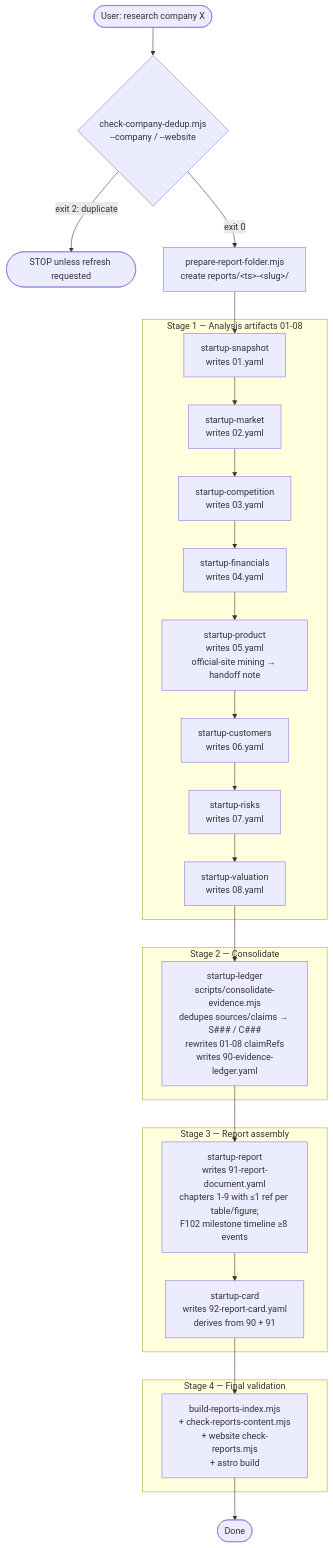
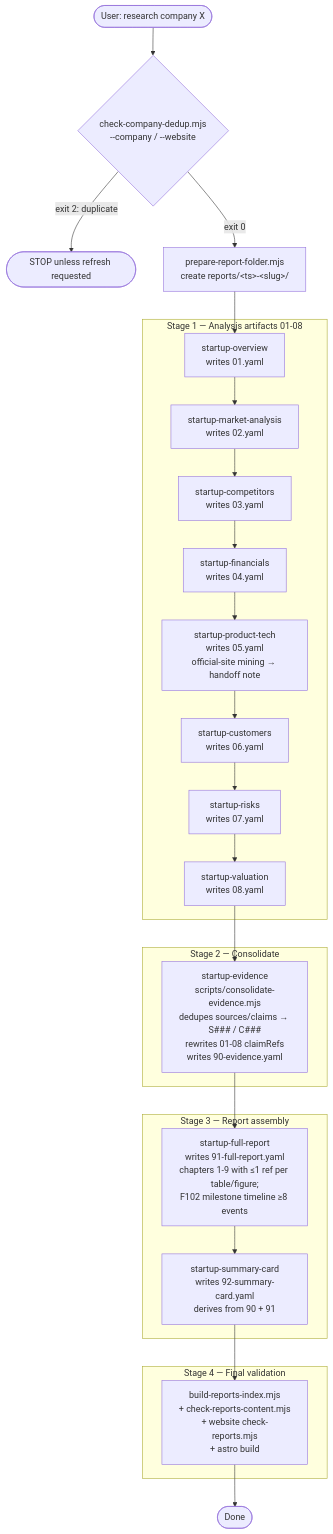
The first of 3 diagrams in README.md (huangyingting/startup), drawn with Mermaid before and after one commit. The commit also changed other lines of this file and 26 other files, not shown here.

````diff
--- a/README.md
+++ b/README.md
@@ -17,41 +17,41 @@
 ```mermaid
 flowchart TD
   Start([User: research company X]) --> PreDedup{check-company-dedup.mjs<br/>--company / --website}
   PreDedup -- exit 2: duplicate --> Stop([STOP unless refresh requested])
   PreDedup -- exit 0 --> Setup[prepare-report-folder.mjs<br/>create reports/&lt;ts&gt;-&lt;slug&gt;/]
   Setup --> Snapshot
 
   subgraph Stage1[Stage 1 — Analysis artifacts 01-08]
-    Snapshot[startup-snapshot<br/>writes 01.yaml]
+    Snapshot[startup-overview<br/>writes 01.yaml]
     Snapshot --> Market
 
-    Market[startup-market<br/>writes 02.yaml] --> Compete
-    Compete[startup-competition<br/>writes 03.yaml] --> Fin
+    Market[startup-market-analysis<br/>writes 02.yaml] --> Compete
+    Compete[startup-competitors<br/>writes 03.yaml] --> Fin
     Fin[startup-financials<br/>writes 04.yaml] --> Prod
-    Prod[startup-product<br/>writes 05.yaml<br/>official-site mining → handoff note] --> Cust
+    Prod[startup-product-tech<br/>writes 05.yaml<br/>official-site mining → handoff note] --> Cust
     Cust[startup-customers<br/>writes 06.yaml] --> Risk
     Risk[startup-risks<br/>writes 07.yaml] --> Val
     Val[startup-valuation<br/>writes 08.yaml]
   end
 
   Val --> Ledger
 
   subgraph Stage2[Stage 2 — Consolidate]
-    Ledger[startup-ledger<br/>scripts/consolidate-evidence.mjs<br/>dedupes sources/claims → S### / C###<br/>rewrites 01-08 claimRefs<br/>writes 90-evidence-ledger.yaml]
+    Ledger[startup-evidence<br/>scripts/consolidate-evidence.mjs<br/>dedupes sources/claims → S### / C###<br/>rewrites 01-08 claimRefs<br/>writes 90-evidence.yaml]
   end
 
   Ledger --> Report
 
   subgraph Stage3[Stage 3 — Report assembly]
-    Report[startup-report<br/>writes 91-report-document.yaml<br/>chapters 1-9 with ≤1 ref per table/figure;<br/>F102 milestone timeline ≥8 events]
-    Report --> Card[startup-card<br/>writes 92-report-card.yaml<br/>derives from 90 + 91]
+    Report[startup-full-report<br/>writes 91-full-report.yaml<br/>chapters 1-9 with ≤1 ref per table/figure;<br/>F102 milestone timeline ≥8 events]
+    Report --> Card[startup-summary-card<br/>writes 92-summary-card.yaml<br/>derives from 90 + 91]
   end
 
   Card --> FinalVal
 
   subgraph Stage4[Stage 4 — Final validation]
     FinalVal[build-reports-index.mjs<br/>+ check-reports-content.mjs<br/>+ website check-reports.mjs<br/>+ astro build]
   end
 
   FinalVal --> End([Done])
 ```
````
